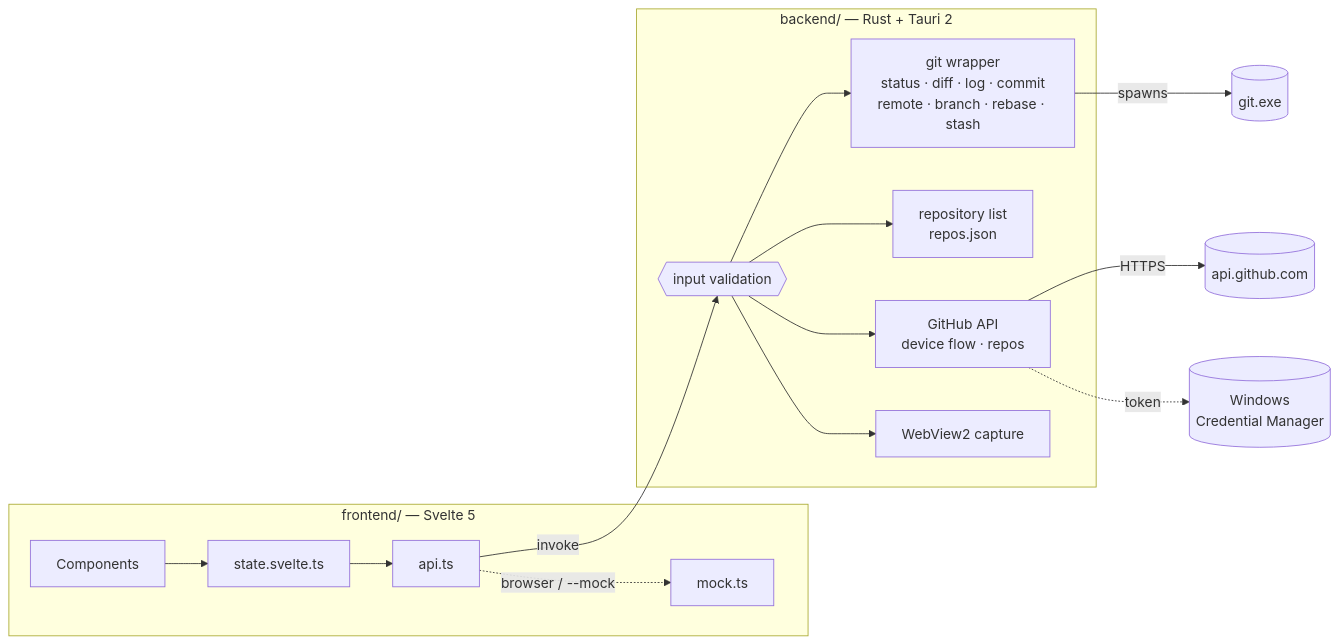
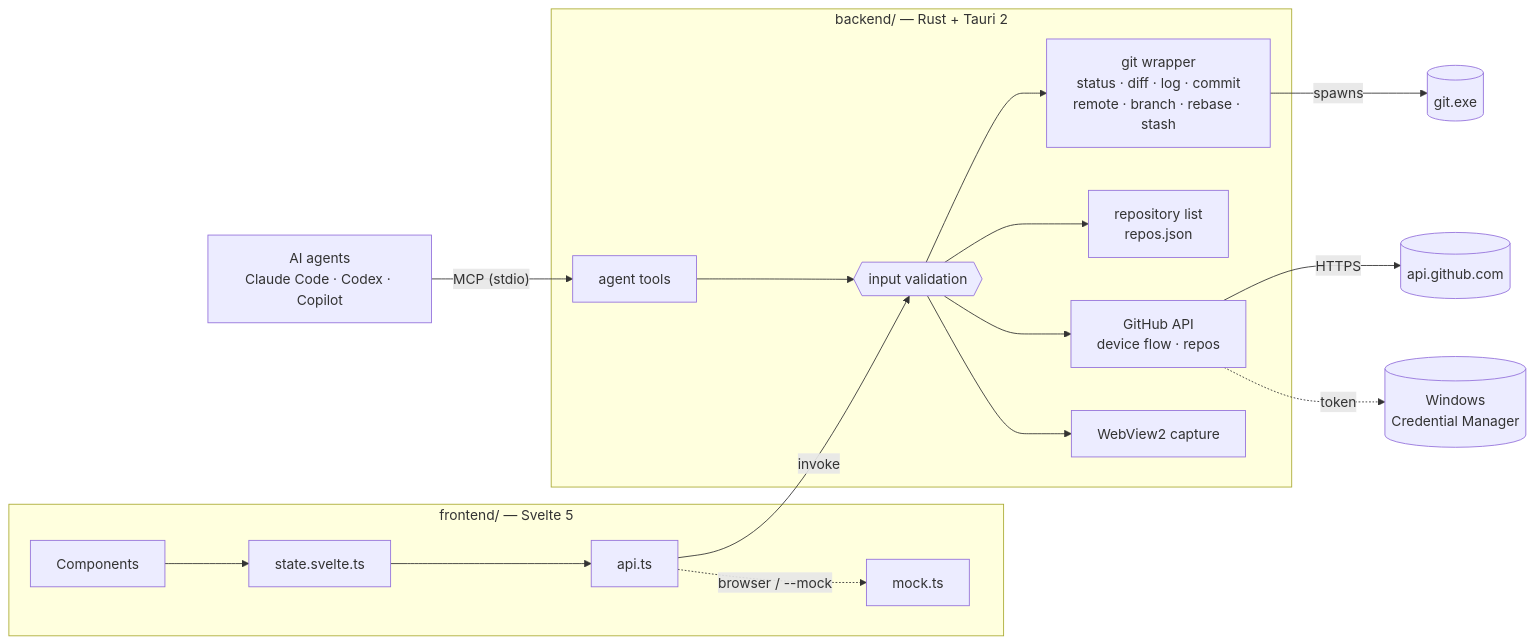
The diagram in README.md (valneko-twoon2/Leveret), drawn with Mermaid before and after one commit. The commit also changed other lines of this file and 4 other files, not shown here.

Commit message:
docs: document the MCP server and agent tool conventions

````diff
--- a/README.md
+++ b/README.md
@@ -120,18 +121,20 @@
 ```mermaid
 flowchart LR
     subgraph UI["frontend/ — Svelte 5"]
         C[Components] --> S[state.svelte.ts]
         S --> A[api.ts]
         A -. browser / --mock .-> M[mock.ts]
     end
     subgraph Core["backend/ — Rust + Tauri 2"]
         V{{input validation}} --> G[git wrapper<br>status · diff · log · commit<br>remote · branch · rebase · stash]
         V --> R[repository list<br>repos.json]
         V --> H[GitHub API<br>device flow · repos]
         V --> P[WebView2 capture]
+        T[agent tools] --> V
     end
     A -- invoke --> V
+    AG[AI agents<br>Claude Code · Codex · Copilot] -- "MCP (stdio)" --> T
     G -- spawns --> X[(git.exe)]
     H -- HTTPS --> GH[(api.github.com)]
     H -. token .-> K[(Windows<br>Credential Manager)]
 ```
````
